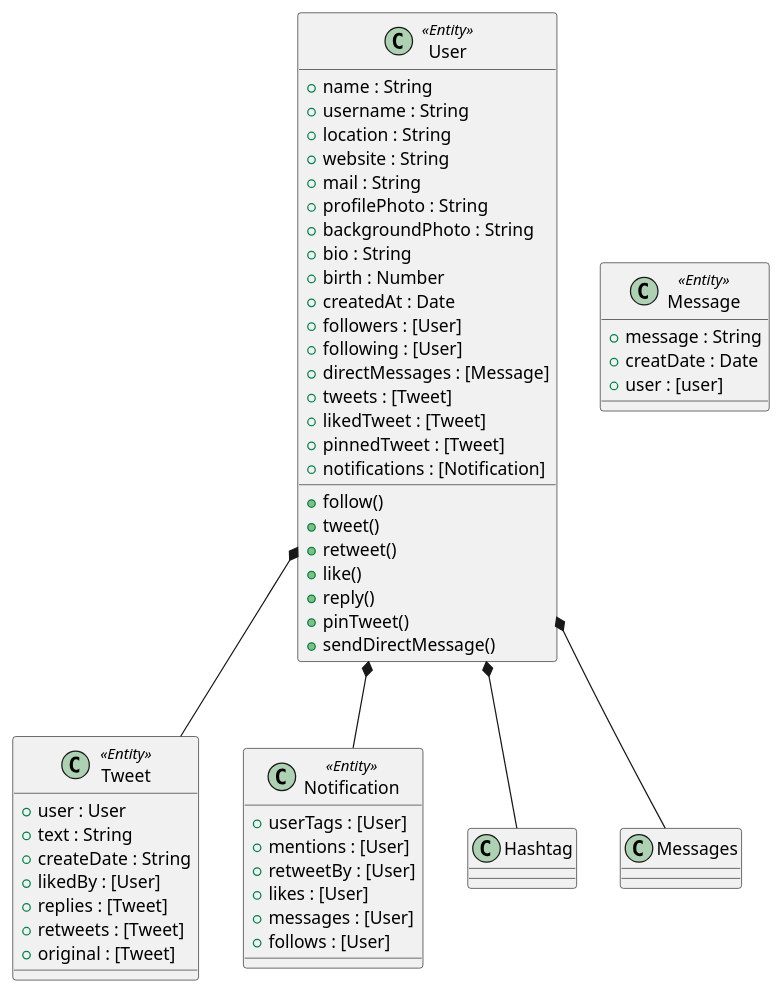
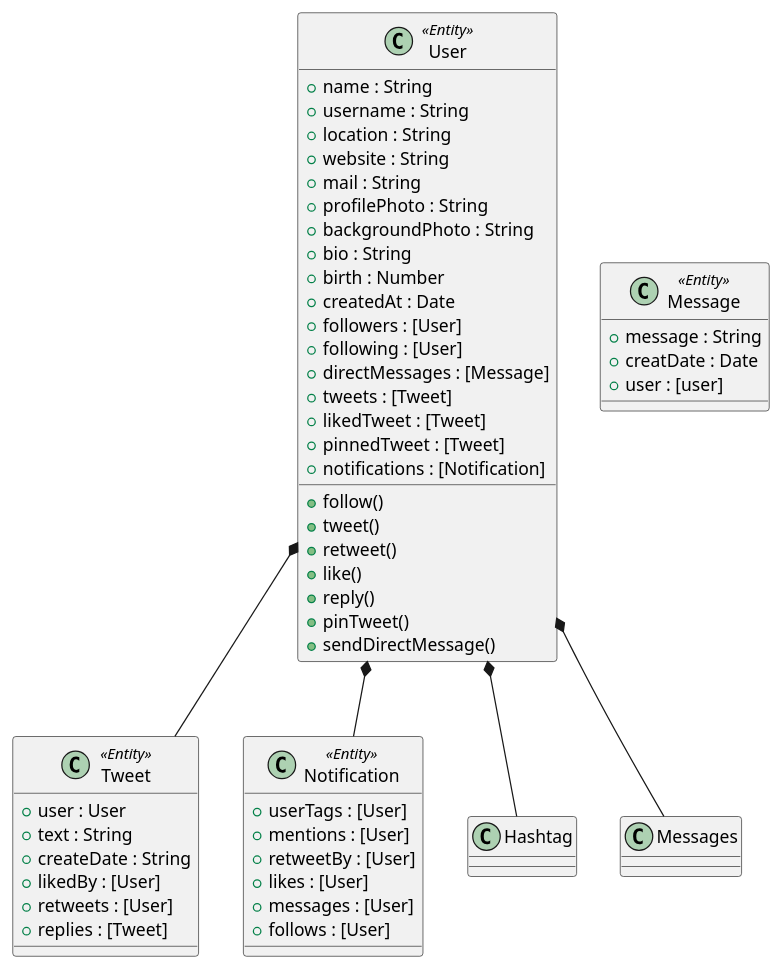
One commit to veyselusta/twitter changed the diagram in class-diagram.puml. Above: the diagram before and after it, drawn with PlantUML. The commit also changed 2 other files, not shown here.

```diff
--- a/class-diagram.puml
+++ b/class-diagram.puml
@@ -1,62 +1,61 @@
 @startuml "Class Diagram"
 
 class User <<Entity>> {
   + name : String
   + username : String
   + location : String
   + website : String
   + mail : String
   + profilePhoto : String
   + backgroundPhoto : String
   + bio : String
   + birth : Number
   + createdAt : Date
   + followers : [User]
   + following : [User]
   + directMessages : [Message]
   + tweets : [Tweet]
   + likedTweet : [Tweet]
   + pinnedTweet : [Tweet]
   + notifications : [Notification]
 
   + follow()
   + tweet()
   + retweet()
   + like()
   + reply()
   + pinTweet()
   + sendDirectMessage()
 }
 
 class Tweet <<Entity>> {
   + user : User
   + text : String
   + createDate : String
   + likedBy : [User]
+  + retweets : [User]
   + replies : [Tweet]
-  + retweets : [Tweet]
-  + original : [Tweet]
 }
 
 Class Notification <<Entity>>  {
   + userTags : [User]
   + mentions : [User]
   + retweetBy : [User]
   + likes : [User]
   + messages : [User]
   + follows : [User]
 }
 
 class Message <<Entity>> {
   + message : String
   + creatDate : Date
   + user : [user]
 }
 
 
 User *-- Tweet
 User *-- Notification
 User *-- Hashtag
 User *-- Messages
 
 @enduml
```
